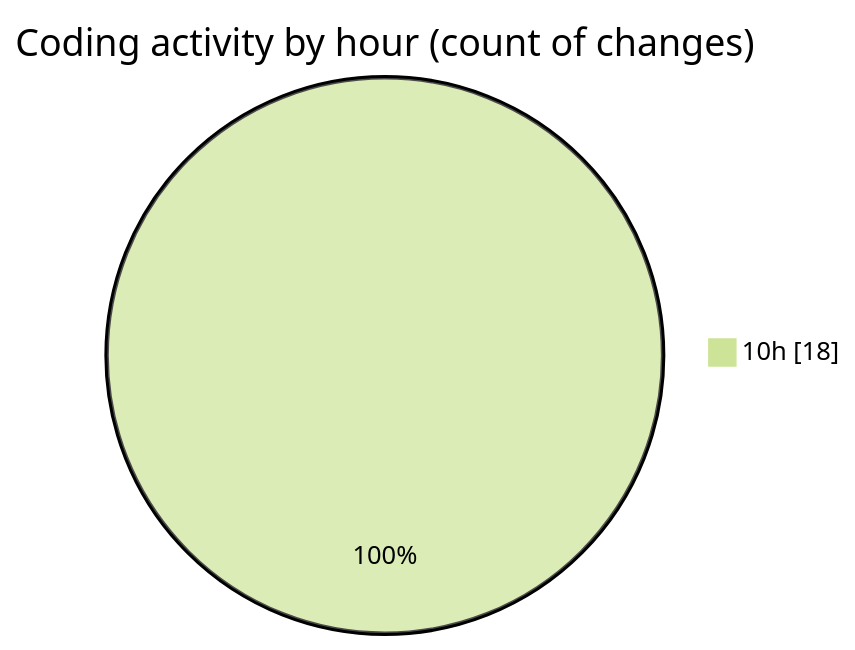
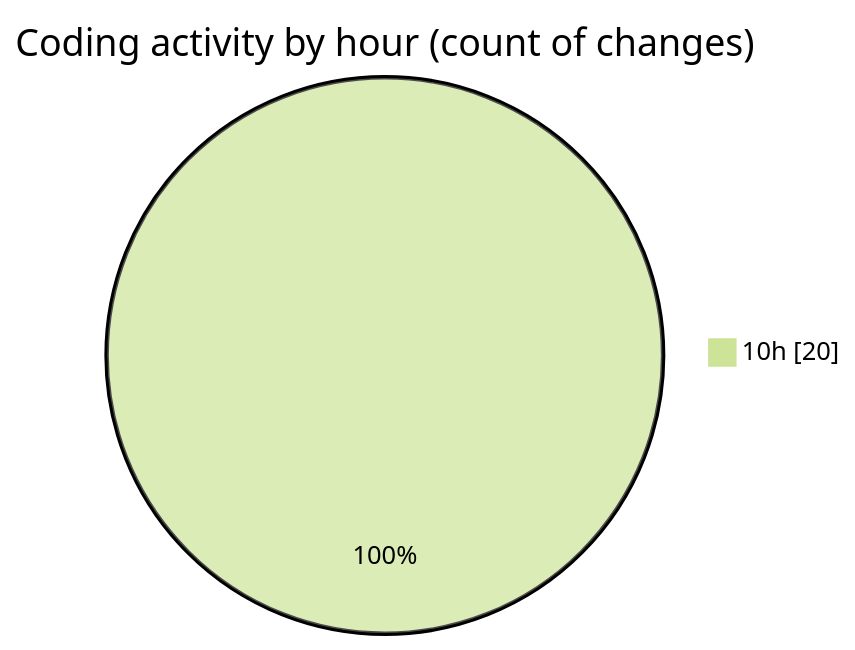
One commit to lephambinh05/code-tracking changed the second of 2 diagrams in 2025-08-18/vps-v1/README.md. Above: the diagram before and after it, drawn with Mermaid (forest theme). The commit also changed other lines of this file and 1 other file, not shown here.

````diff
--- a/2025-08-18/vps-v1/README.md
+++ b/2025-08-18/vps-v1/README.md
@@ -39,5 +41,5 @@
 ```mermaid
 pie showData
 title Coding activity by hour (count of changes)
-"10h" : 18
+"10h" : 20
 ```
````
